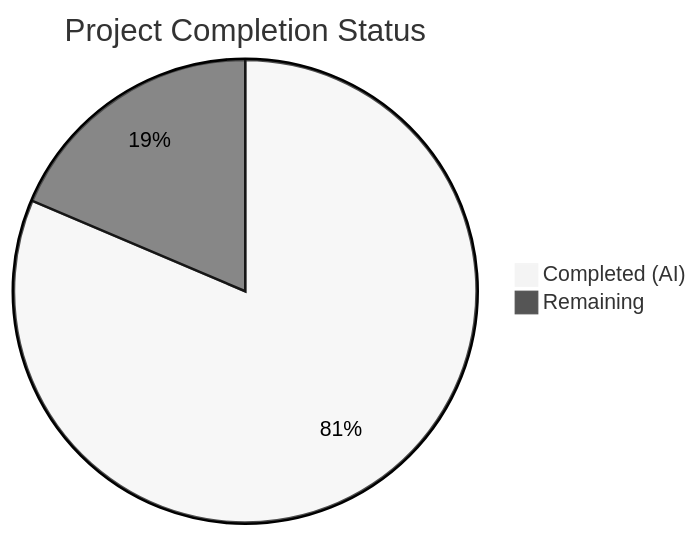
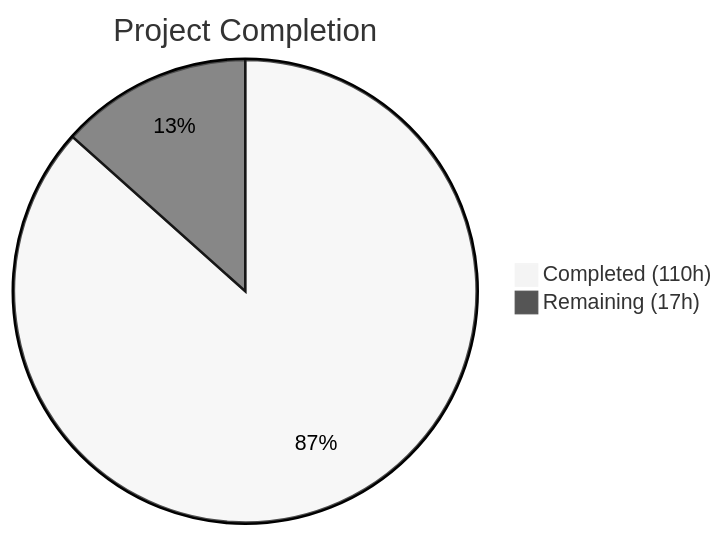
Before and after one commit to Blitzy-Sandbox/blitzy-RudderStack: the first of 2 diagrams in blitzy/documentation/Project Guide.md, drawn with Mermaid (neutral theme). The commit also changed other lines of this file, not shown here.

Commit message:
Adding Blitzy Project Guide: Project Status and Human Tasks Remaining

````diff
--- a/blitzy/documentation/Project Guide.md
+++ b/blitzy/documentation/Project Guide.md
@@ -13,5 +13,5 @@
 ```mermaid
-pie title Project Completion Status
-    "Completed (AI)" : 105
-    "Remaining" : 24
+pie title Project Completion
+    "Completed (110h)" : 110
+    "Remaining (17h)" : 17
 ```
````
